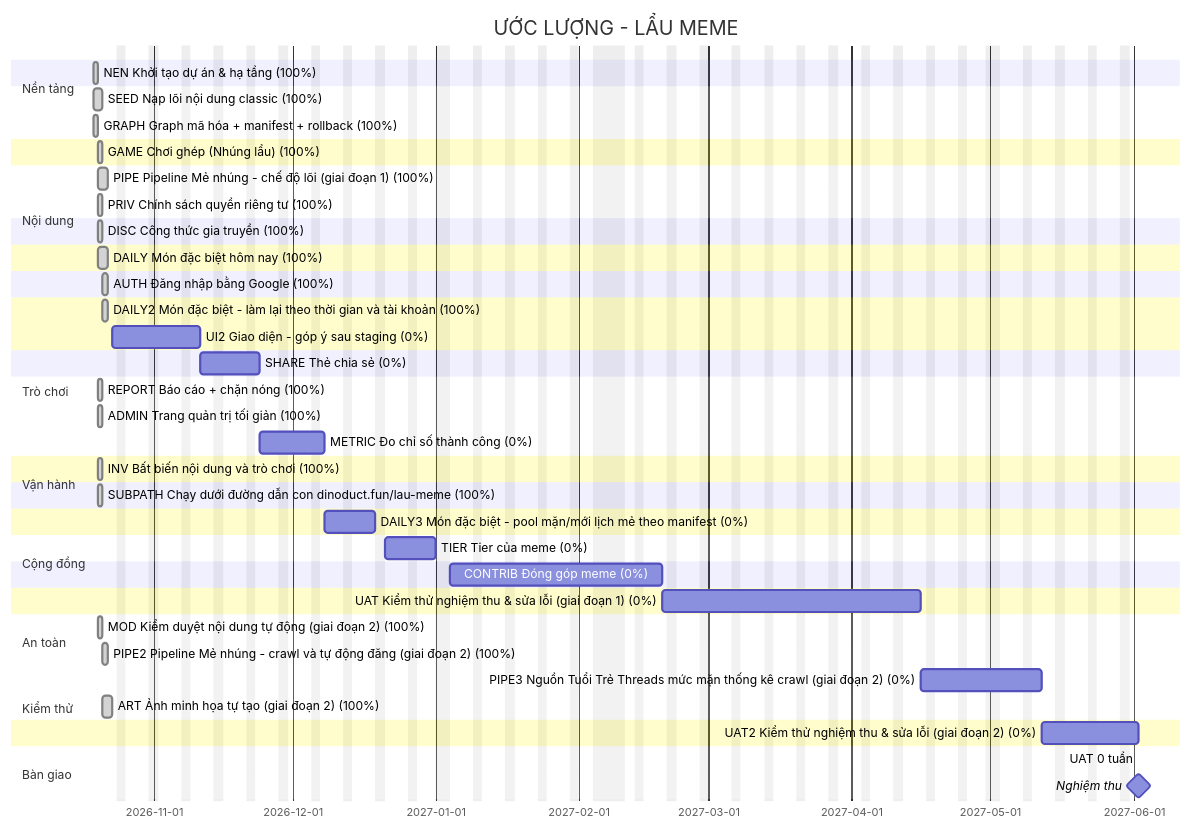
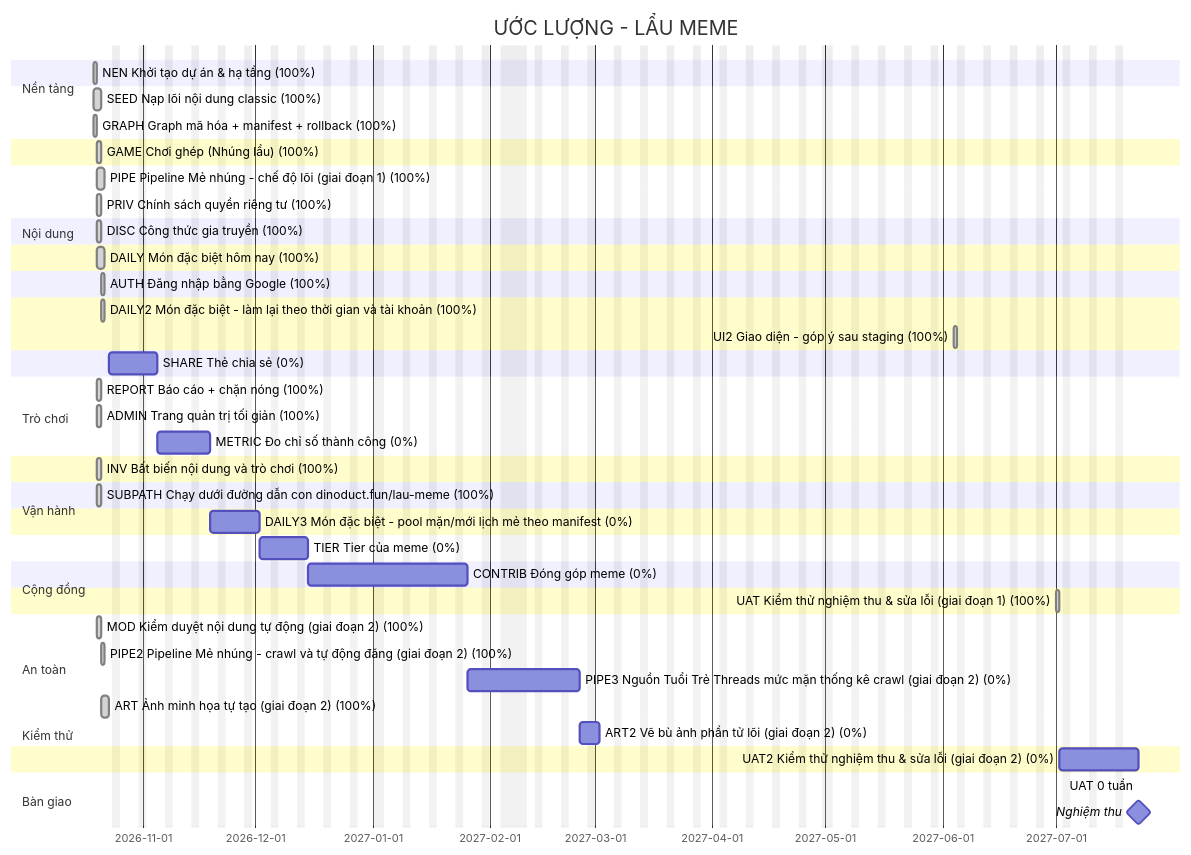
The diagram in docs/plan/gantt.md (thucnq/lau-meme), drawn with Mermaid before and after one commit. The commit also changed other lines of this file and 4 other files, not shown here.

First line of the commit message:
chore(plan): tách AC-ART-11 khỏi ART (đã xong) thành hạng mục ART2 (1 điểm, ART 10 -> 9); chạy lại kế hoạch

````diff
--- a/docs/plan/gantt.md
+++ b/docs/plan/gantt.md
@@ -5,56 +5,57 @@
 ```mermaid
 gantt
     title ƯỚC LƯỢNG - LẨU MEME
     dateFormat YYYY-MM-DD
-    excludes weekends, 2027-01-01, 2027-02-04, 2027-02-05, 2027-02-06, 2027-02-07, 2027-02-08, 2027-02-09, 2027-02-10, 2027-04-30, 2027-05-01
+    excludes weekends, 2027-01-01, 2027-02-04, 2027-02-05, 2027-02-06, 2027-02-07, 2027-02-08, 2027-02-09, 2027-02-10, 2027-04-30, 2027-05-01, 2027-09-02
     todayMarker stroke-width:2px,stroke:#d33
     section Nền tảng
     NEN Khởi tạo dự án & hạ tầng (100%) :done, NEN, 2026-10-19, 1d
     section Nội dung
     SEED Nạp lõi nội dung classic (100%) :done, SEED, 2026-10-19, 2d
     GRAPH Graph mã hóa + manifest + rollback (100%) :done, GRAPH, 2026-10-19, 1d
     section Trò chơi
     GAME Chơi ghép (Nhúng lẩu) (100%) :done, GAME, 2026-10-20, 1d
     section Nội dung
     PIPE Pipeline Mẻ nhúng - chế độ lõi (giai đoạn 1) (100%) :done, PIPE, 2026-10-20, 2d
     section Vận hành
     PRIV Chính sách quyền riêng tư (100%) :done, PRIV, 2026-10-20, 1d
     section Cộng đồng
     DISC Công thức gia truyền (100%) :done, DISC, 2026-10-20, 1d
     section Trò chơi
     DAILY Món đặc biệt hôm nay (100%) :done, DAILY, 2026-10-20, 2d
     section Cộng đồng
     AUTH Đăng nhập bằng Google (100%) :done, AUTH, 2026-10-21, 1d
     section Trò chơi
     DAILY2 Món đặc biệt - làm lại theo thời gian và tài khoản (100%) :done, DAILY2, 2026-10-21, 1d
-    UI2 Giao diện - góp ý sau staging (0%) :UI2, 2026-10-23, 13d
+    UI2 Giao diện - góp ý sau staging (100%) :done, UI2, 2027-06-04, 1d
     section Cộng đồng
-    SHARE Thẻ chia sẻ (0%) :SHARE, 2026-11-11, 9d
+    SHARE Thẻ chia sẻ (0%) :SHARE, 2026-10-23, 9d
     section An toàn
     REPORT Báo cáo + chặn nóng (100%) :done, REPORT, 2026-10-20, 1d
     ADMIN Trang quản trị tối giản (100%) :done, ADMIN, 2026-10-20, 1d
     section Vận hành
-    METRIC Đo chỉ số thành công (0%) :METRIC, 2026-11-24, 10d
+    METRIC Đo chỉ số thành công (0%) :METRIC, 2026-11-05, 10d
     section Kiểm thử
     INV Bất biến nội dung và trò chơi (100%) :done, INV, 2026-10-20, 1d
     section Nền tảng
     SUBPATH Chạy dưới đường dẫn con dinoduct.fun/lau-meme (100%) :done, SUBPATH, 2026-10-20, 1d
     section Trò chơi
-    DAILY3 Món đặc biệt - pool mặn/mới  lịch mẻ theo manifest (0%) :DAILY3, 2026-12-08, 9d
+    DAILY3 Món đặc biệt - pool mặn/mới  lịch mẻ theo manifest (0%) :DAILY3, 2026-11-19, 9d
     section Nội dung
-    TIER Tier của meme (0%) :TIER, 2026-12-21, 9d
+    TIER Tier của meme (0%) :TIER, 2026-12-02, 9d
     section Cộng đồng
-    CONTRIB Đóng góp meme (0%) :CONTRIB, 2027-01-04, 29d
+    CONTRIB Đóng góp meme (0%) :CONTRIB, 2026-12-15, 29d
     section Kiểm thử
-    UAT Kiểm thử nghiệm thu & sửa lỗi (giai đoạn 1) (0%) :UAT, 2027-02-19, 40d
+    UAT Kiểm thử nghiệm thu & sửa lỗi (giai đoạn 1) (100%) :done, UAT, 2027-07-01, 1d
     section Nội dung
     MOD Kiểm duyệt nội dung tự động (giai đoạn 2) (100%) :done, MOD, 2026-10-20, 1d
     PIPE2 Pipeline Mẻ nhúng - crawl và tự động đăng (giai đoạn 2) (100%) :done, PIPE2, 2026-10-21, 1d
-    PIPE3 Nguồn Tuổi Trẻ  Threads  mức mặn  thống kê crawl (giai đoạn 2) (0%) :PIPE3, 2027-04-16, 17d
+    PIPE3 Nguồn Tuổi Trẻ  Threads  mức mặn  thống kê crawl (giai đoạn 2) (0%) :PIPE3, 2027-01-26, 17d
     ART Ảnh minh họa tự tạo (giai đoạn 2) (100%) :done, ART, 2026-10-21, 2d
+    ART2 Vẽ bù ảnh phần tử lõi (giai đoạn 2) (0%) :ART2, 2027-02-25, 3d
     section Kiểm thử
-    UAT2 Kiểm thử nghiệm thu & sửa lỗi (giai đoạn 2) (0%) :UAT2, 2027-05-12, 15d
+    UAT2 Kiểm thử nghiệm thu & sửa lỗi (giai đoạn 2) (0%) :UAT2, 2027-07-02, 15d
     section Bàn giao
-    UAT 0 tuần :uat, 2027-06-02, 0d
-    Nghiệm thu :milestone, 2027-06-02, 0d
+    UAT 0 tuần :uat, 2027-07-23, 0d
+    Nghiệm thu :milestone, 2027-07-23, 0d
 ```
````
